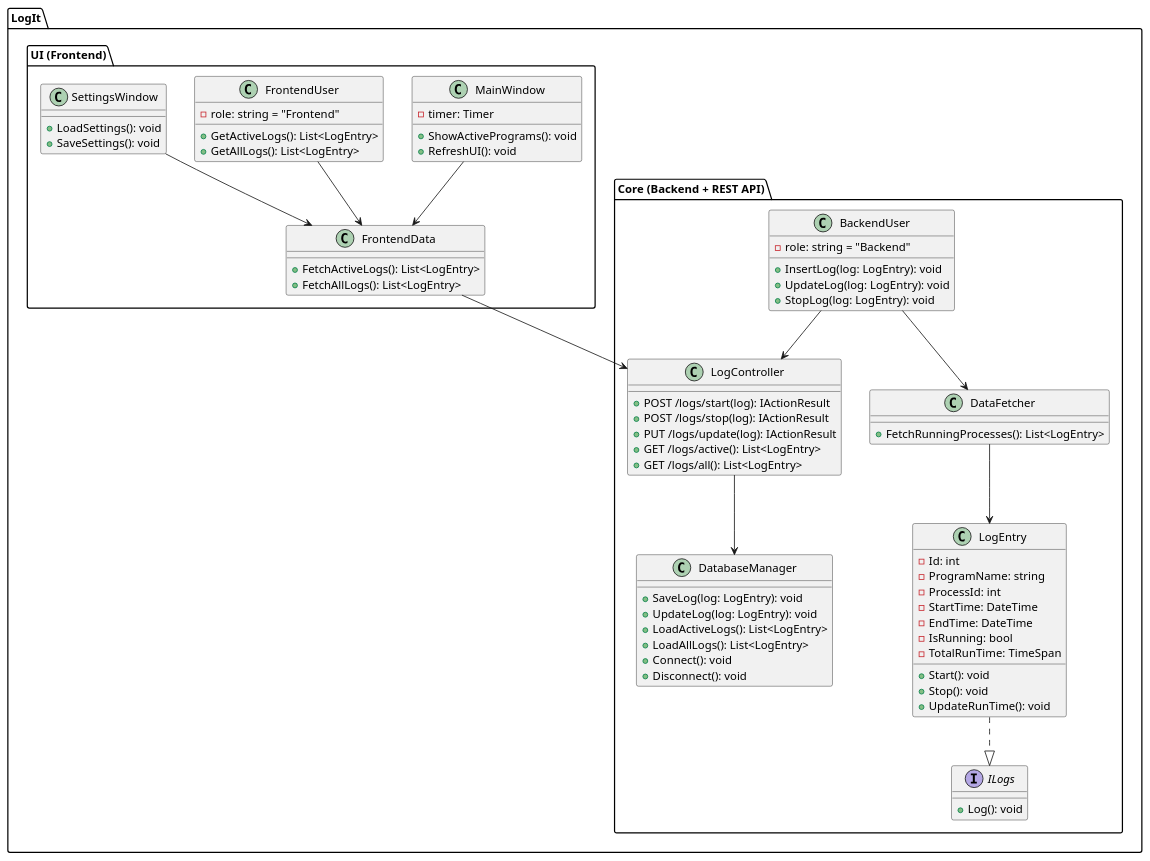
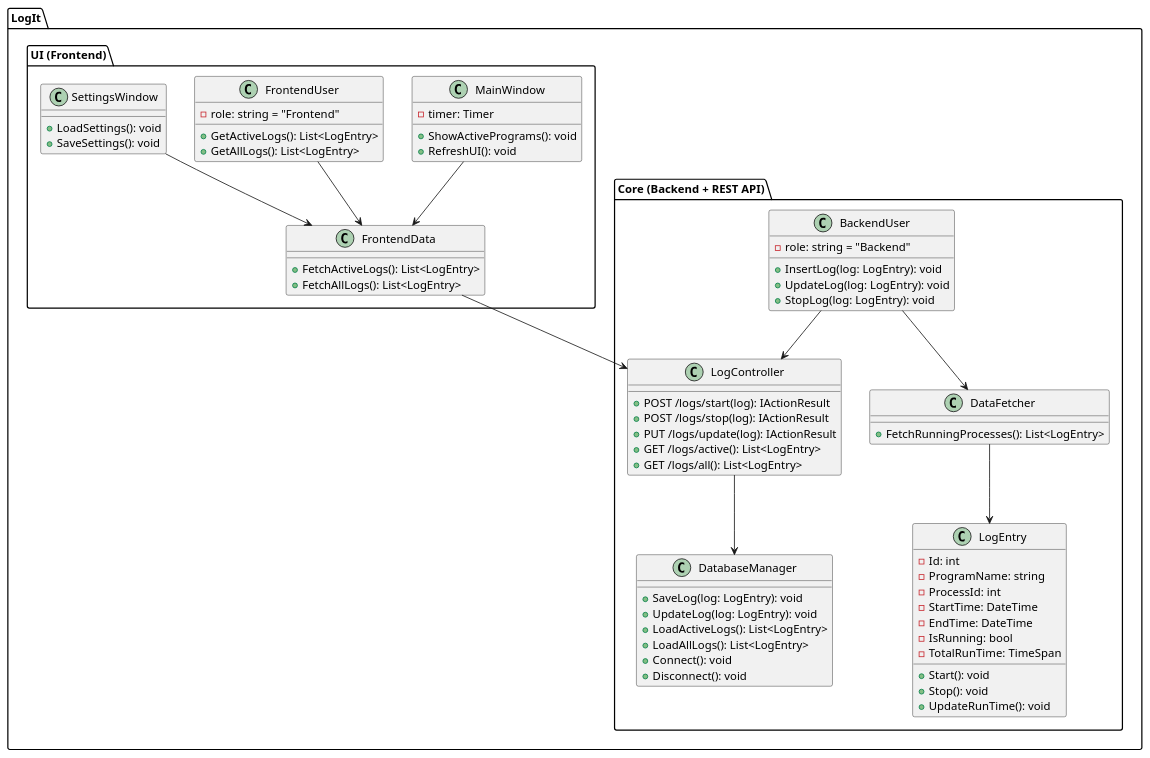
The diagram in doc/klassendiagramm.plantuml (Schokobaer06/LogIt), drawn with PlantUML before and after one commit. The commit also changed 21 other files, not shown here.

```diff
--- a/doc/klassendiagramm.plantuml
+++ b/doc/klassendiagramm.plantuml
@@ -1,91 +1,91 @@
 @startuml LogIt Klassen
 
 ' === BACKEND inkl. REST-API ===
 package "LogIt.Core (Backend + REST API)" {
     
     class LogEntry {
         - Id: int
         - ProgramName: string
         - ProcessId: int
         - StartTime: DateTime
         - EndTime: DateTime
         - IsRunning: bool
         - TotalRunTime: TimeSpan
         + Start(): void
         + Stop(): void
         + UpdateRunTime(): void
     }
 
     class BackendUser {
         - role: string = "Backend"
         + InsertLog(log: LogEntry): void
         + UpdateLog(log: LogEntry): void
         + StopLog(log: LogEntry): void
     }
 
     class DataFetcher {
         + FetchRunningProcesses(): List<LogEntry>
     }
 
-    interface ILogs {
-        + Log(): void
-    }
+'    interface ILogs {
+'        + Log(): void
+'    }
 
-    LogEntry ..|> ILogs
+    ' LogEntry ..|> ILogs
     DataFetcher --> LogEntry
     BackendUser --> DataFetcher
 
     ' REST API Controller
     class LogController {
         + POST /logs/start(log): IActionResult
         + POST /logs/stop(log): IActionResult
         + PUT /logs/update(log): IActionResult
         + GET /logs/active(): List<LogEntry>
         + GET /logs/all(): List<LogEntry>
     }
 
     class DatabaseManager {
         + SaveLog(log: LogEntry): void
         + UpdateLog(log: LogEntry): void
         + LoadActiveLogs(): List<LogEntry>
         + LoadAllLogs(): List<LogEntry>
         + Connect(): void
         + Disconnect(): void
     }
 
     LogController --> DatabaseManager
     BackendUser --> LogController
 }
 
 ' === FRONTEND ===
 package "LogIt.UI (Frontend)" {
     
     class MainWindow {
         - timer: Timer
         + ShowActivePrograms(): void
         + RefreshUI(): void
     }
 
     class FrontendUser {
         - role: string = "Frontend"
         + GetActiveLogs(): List<LogEntry>
         + GetAllLogs(): List<LogEntry>
     }
 
     class FrontendData {
         + FetchActiveLogs(): List<LogEntry>
         + FetchAllLogs(): List<LogEntry>
     }
 
     class SettingsWindow {
         + LoadSettings(): void
         + SaveSettings(): void
     }
 
     MainWindow --> FrontendData
     FrontendUser --> FrontendData
     SettingsWindow --> FrontendData
     FrontendData --> LogController
 }
 
 @enduml
```
